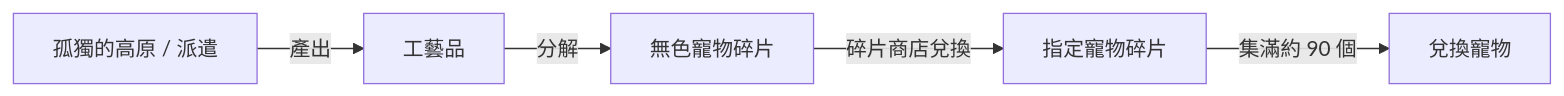
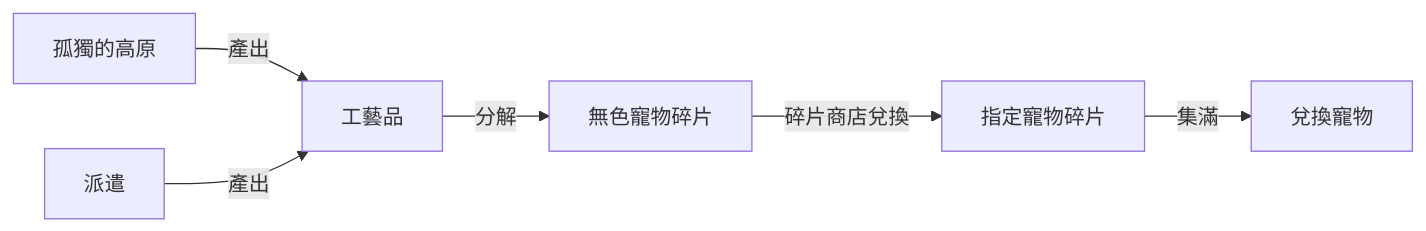
One commit to TyrantRey/SWGuide changed the diagram in content/post/系統/靈魂小夥伴篇/工藝品篇.md. Above: the diagram before and after it, drawn with Mermaid. The commit also changed other lines of this file and 40 other files, not shown here.

````diff
--- a/content/post/系統/靈魂小夥伴篇/工藝品篇.md
+++ b/content/post/系統/靈魂小夥伴篇/工藝品篇.md
@@ -37,7 +37,8 @@
 ```mermaid
 flowchart LR
-    A[孤獨的高原 / 派遣] -->|產出| B[工藝品]
-    B -->|分解| C[無色寵物碎片]
-    C -->|碎片商店兌換| D[指定寵物碎片]
-    D -->|集滿約 90 個| E[兌換寵物]
+    A[孤獨的高原] -->|產出| C[工藝品]
+    B[派遣] -->|產出| C[工藝品]
+    C -->|分解| D[無色寵物碎片]
+    D -->|碎片商店兌換| E[指定寵物碎片]
+    E -->|集滿| F[兌換寵物]
 ```
````
